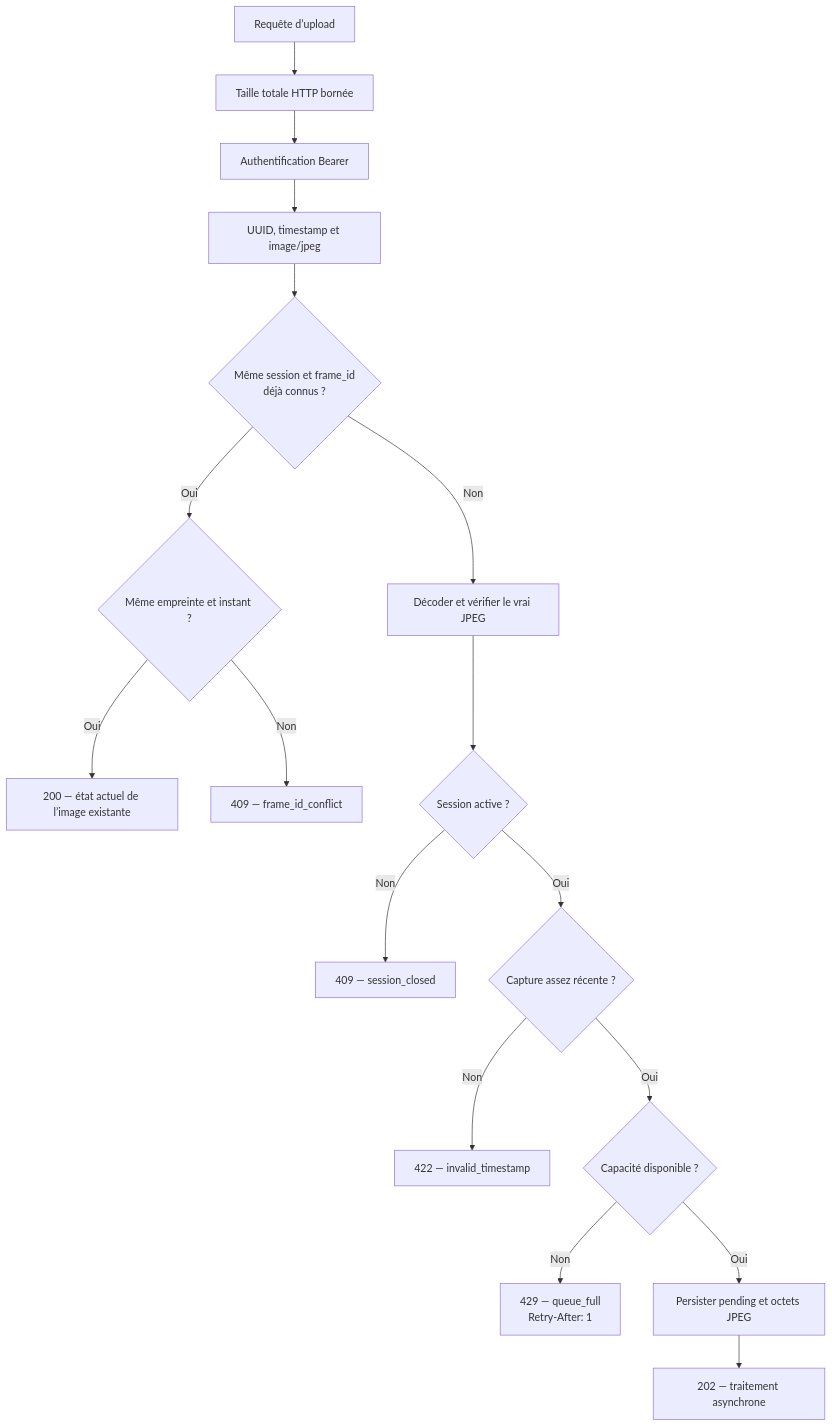
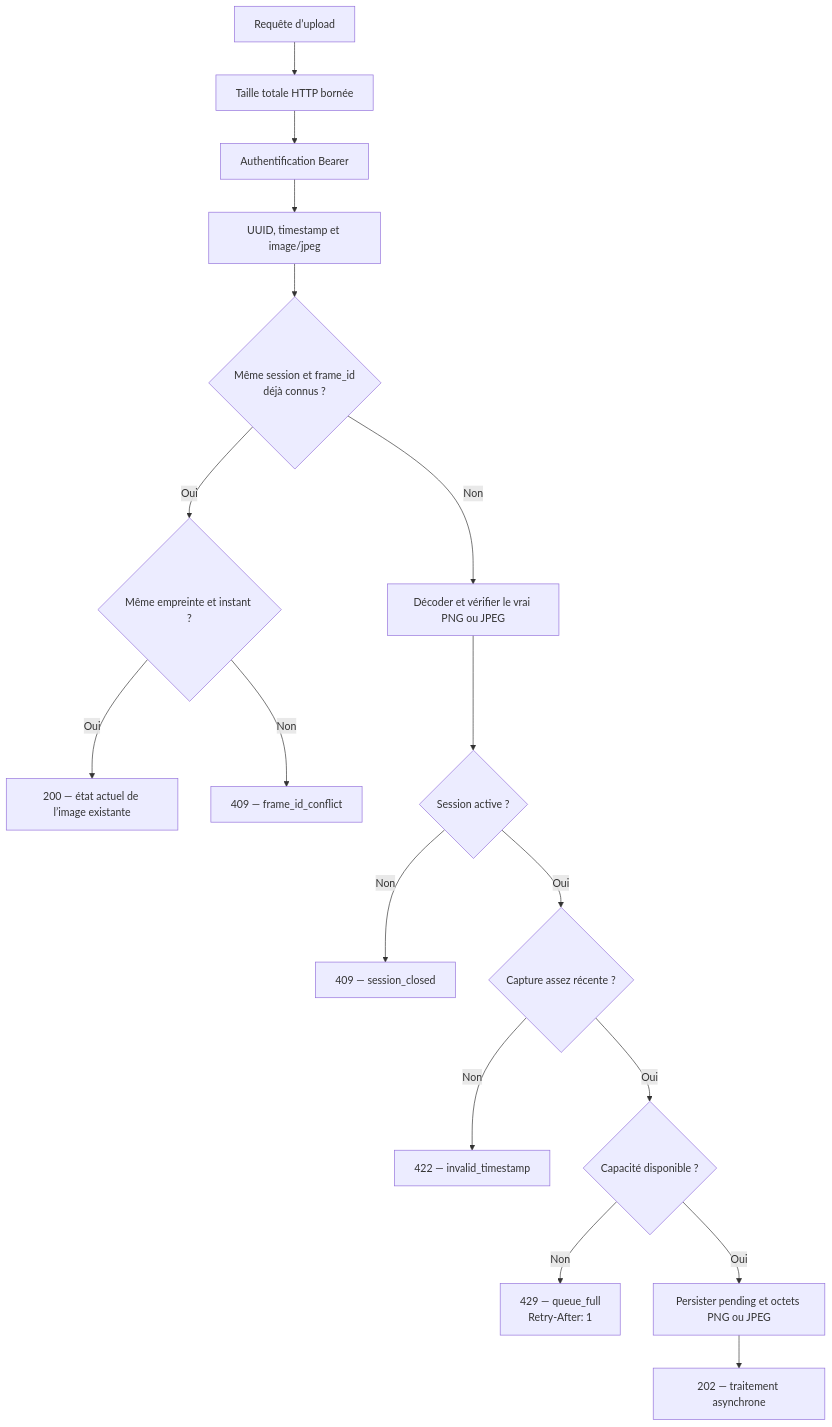
One commit to Mindsept/Looki--Vision changed the second of 8 diagrams in docs/03-contrats-et-flux.md. Above: the diagram before and after it, drawn with Mermaid. The commit also changed other lines of this file and 56 other files, not shown here.

````diff
--- a/docs/03-contrats-et-flux.md
+++ b/docs/03-contrats-et-flux.md
@@ -38,19 +40,19 @@
 ```mermaid
 flowchart TD
     Request[Requête d’upload] --> Body[Taille totale HTTP bornée]
     Body --> Auth[Authentification Bearer]
     Auth --> Params[UUID, timestamp et image/jpeg]
     Params --> Existing{Même session et frame_id<br/>déjà connus ?}
     Existing -->|Oui| Equal{Même empreinte et instant ?}
     Equal -->|Oui| Previous[200 — état actuel de l’image existante]
     Equal -->|Non| Conflict[409 — frame_id_conflict]
-    Existing -->|Non| Decode[Décoder et vérifier le vrai JPEG]
+    Existing -->|Non| Decode[Décoder et vérifier le vrai PNG ou JPEG]
     Decode --> Active{Session active ?}
     Active -->|Non| Closed[409 — session_closed]
     Active -->|Oui| Fresh{Capture assez récente ?}
     Fresh -->|Non| Timestamp[422 — invalid_timestamp]
     Fresh -->|Oui| Capacity{Capacité disponible ?}
     Capacity -->|Non| Full[429 — queue_full<br/>Retry-After: 1]
-    Capacity -->|Oui| Save[Persister pending et octets JPEG]
+    Capacity -->|Oui| Save[Persister pending et octets PNG ou JPEG]
     Save --> Accepted[202 — traitement asynchrone]
 ```
````
